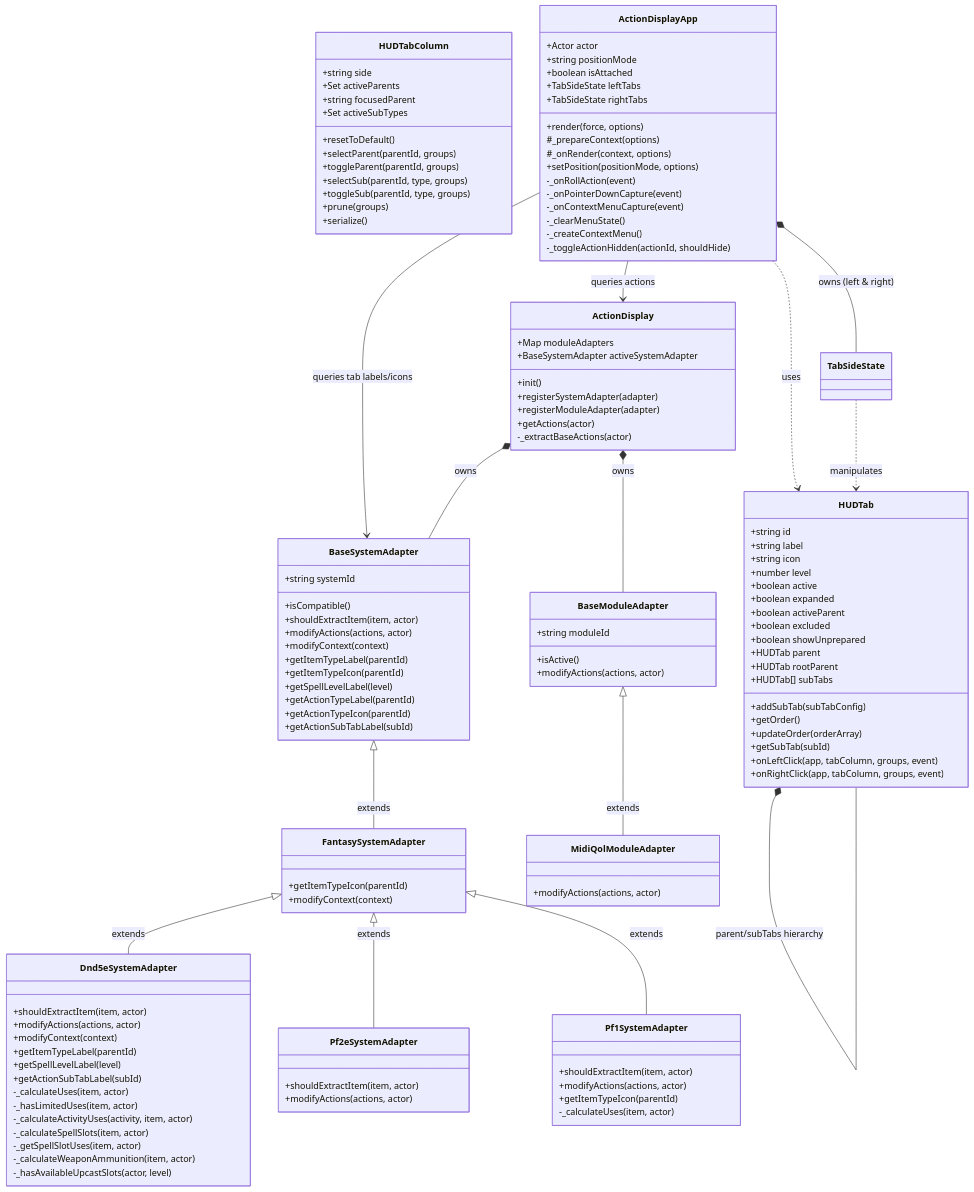
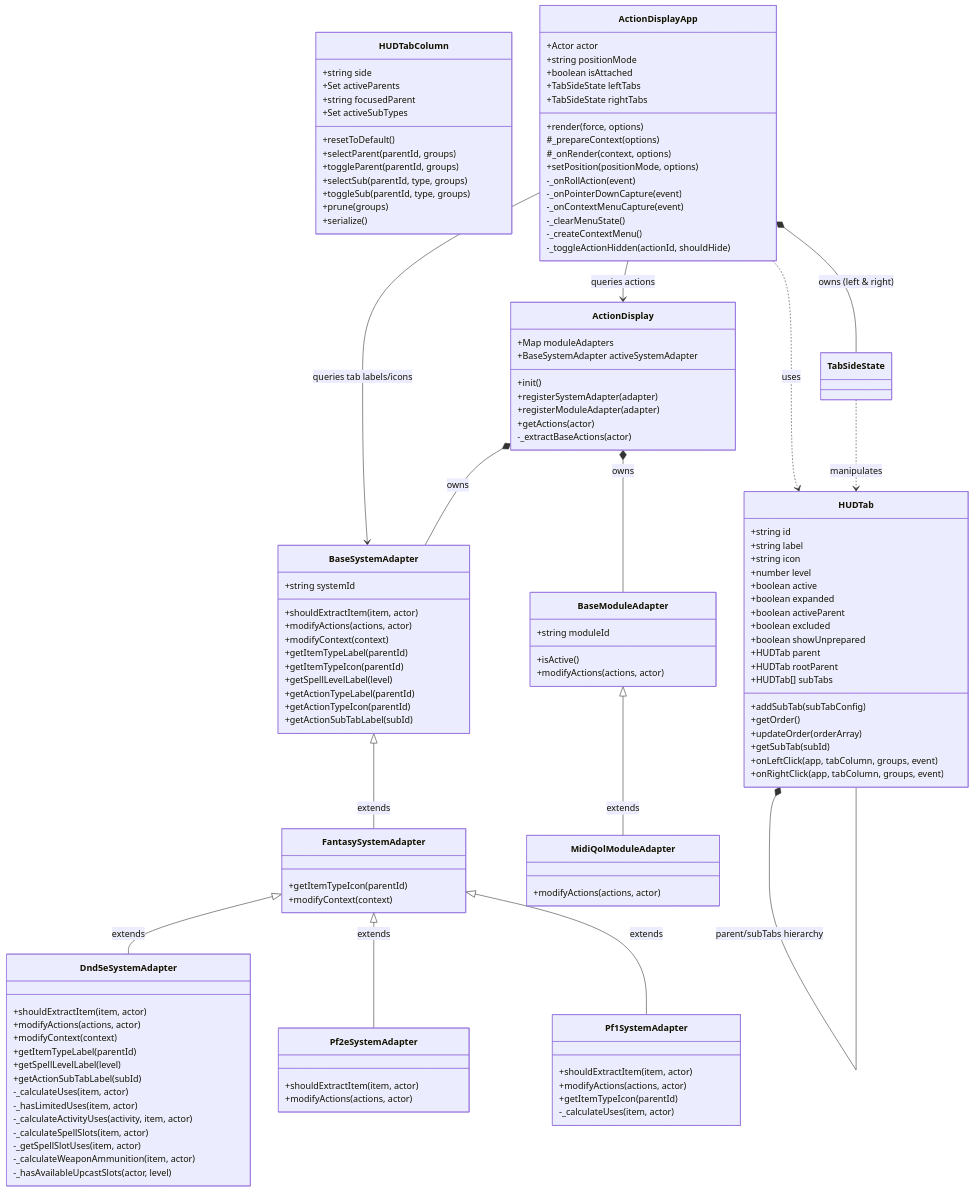
Before and after one commit to aljames-arctic/bakana-action-display: the first of 2 diagrams in docs/architecture_guide.md, drawn with Mermaid. The commit also changed 2 other files, not shown here.

Commit message:
clean: remove unused BaseSystemAdapter.isCompatible method

```diff
--- a/docs/architecture_guide.md
+++ b/docs/architecture_guide.md
@@ -90,7 +90,6 @@
 
     class BaseSystemAdapter {
         +string systemId
-        +isCompatible()
         +shouldExtractItem(item, actor)
         +modifyActions(actions, actor)
         +modifyContext(context)
```
